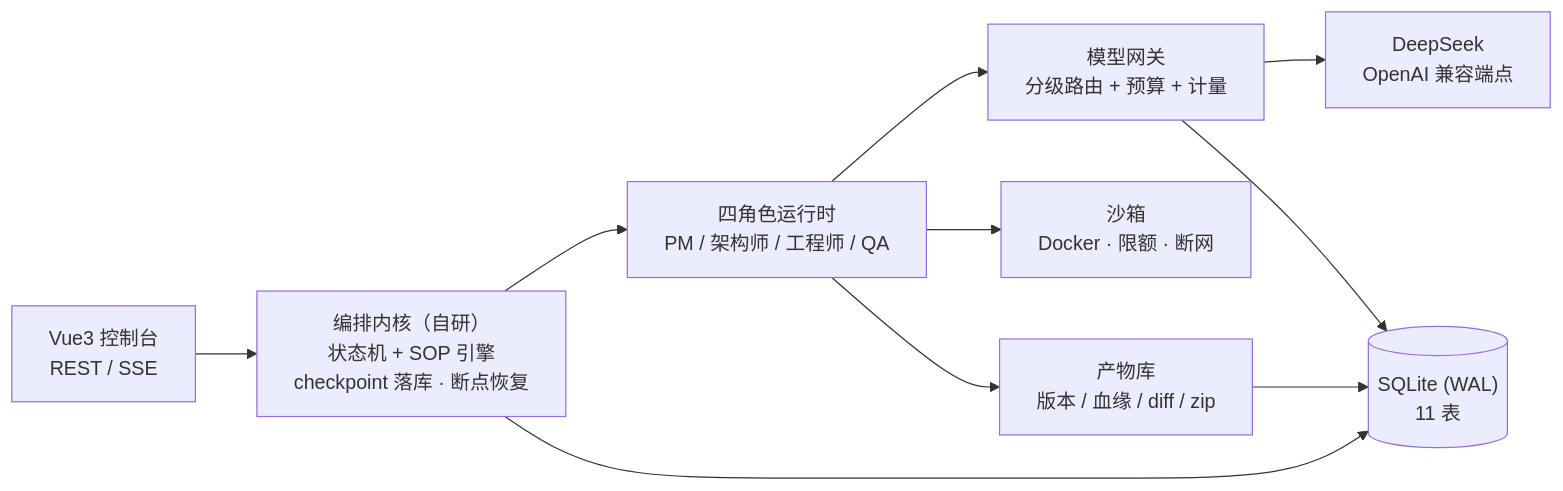
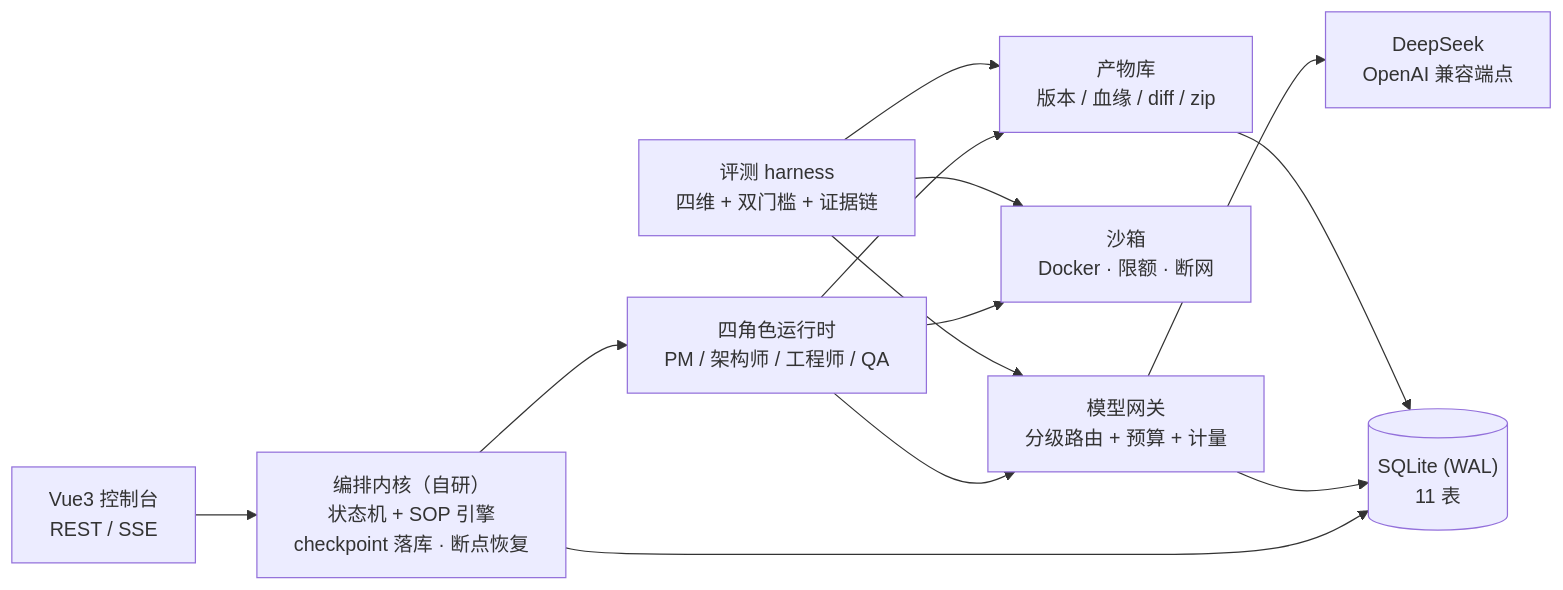
One commit to Eeyore104/Ymir-Agent changed the diagram in README.md. Above: the diagram before and after it, drawn with Mermaid. The commit also changed other lines of this file and 33 other files, not shown here.

Commit message:
feat(T05): 评测 harness + 集成收尾（四维评测·双门槛·证据链 / 批量跑分 / 导出 zip / 评测 API / e2e 全链路 / T5-5 追加项 / README v1.0）

````diff
--- a/README.md
+++ b/README.md
@@ -35,12 +36,15 @@
 ```mermaid
 flowchart LR
     UI["Vue3 控制台<br/>REST / SSE"] --> ORCH["编排内核（自研）<br/>状态机 + SOP 引擎<br/>checkpoint 落库 · 断点恢复"]
     ORCH --> ROLES["四角色运行时<br/>PM / 架构师 / 工程师 / QA"]
     ROLES --> GW["模型网关<br/>分级路由 + 预算 + 计量"]
     ROLES --> SB["沙箱<br/>Docker · 限额 · 断网"]
     ROLES --> AR["产物库<br/>版本 / 血缘 / diff / zip"]
+    EVAL["评测 harness<br/>四维 + 双门槛 + 证据链"] --> AR
+    EVAL --> SB
+    EVAL --> GW
     GW --> LLM["DeepSeek<br/>OpenAI 兼容端点"]
     ORCH --> DB[("SQLite (WAL)<br/>11 表")]
     GW --> DB
     AR --> DB
 ```
````
